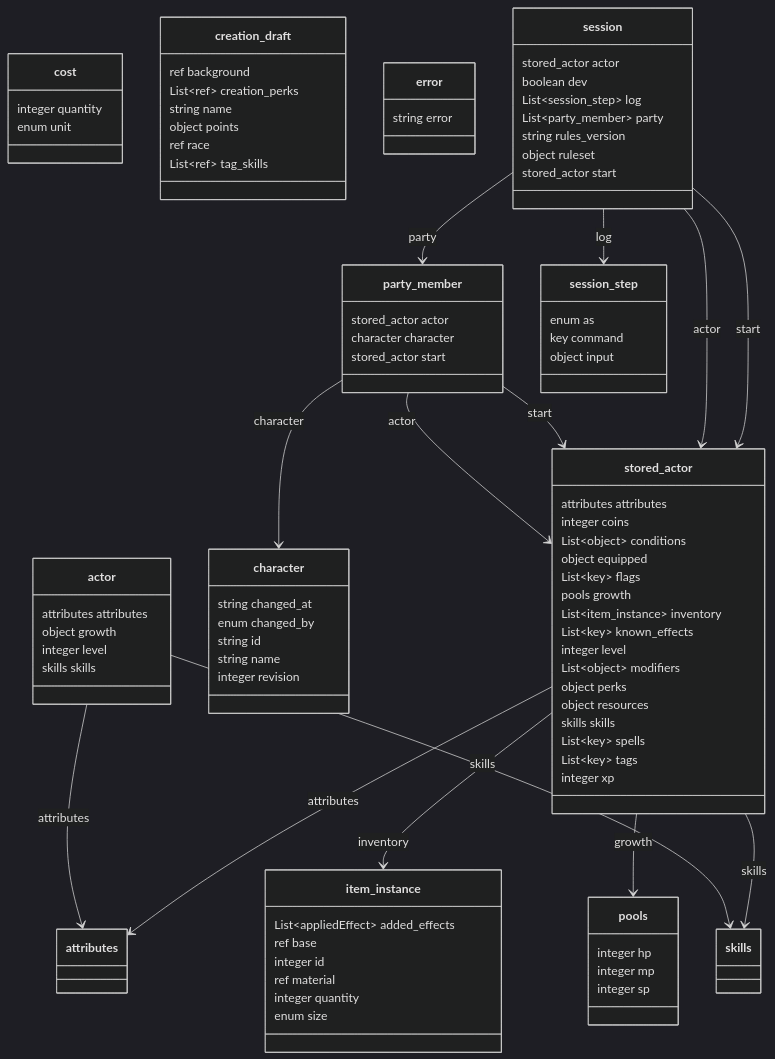
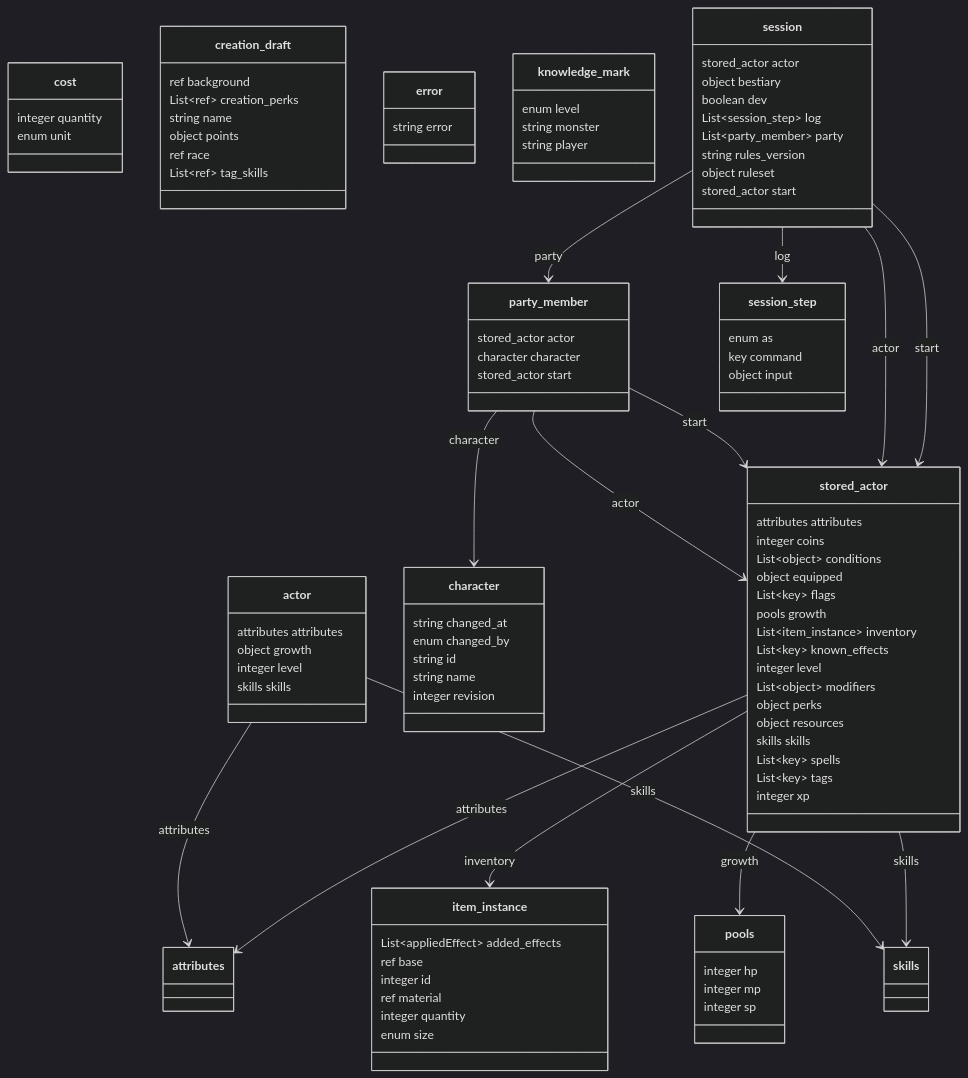
The first of 32 diagrams in docs/backend/contract-diagram.md (SETA1609/riftweave-core), drawn with Mermaid (dark theme) before and after one commit. The commit also changed other lines of this file and 14 other files, not shown here.

```diff
--- a/docs/backend/contract-diagram.md
+++ b/docs/backend/contract-diagram.md
@@ -54,6 +54,11 @@
         integer quantity
         enum size
     }
+    class knowledge_mark {
+        enum level
+        string monster
+        string player
+    }
     class party_member {
         stored_actor actor
         character character
@@ -66,6 +71,7 @@
     }
     class session {
         stored_actor actor
+        object bestiary
         boolean dev
         List~session_step~ log
         List~party_member~ party
```
